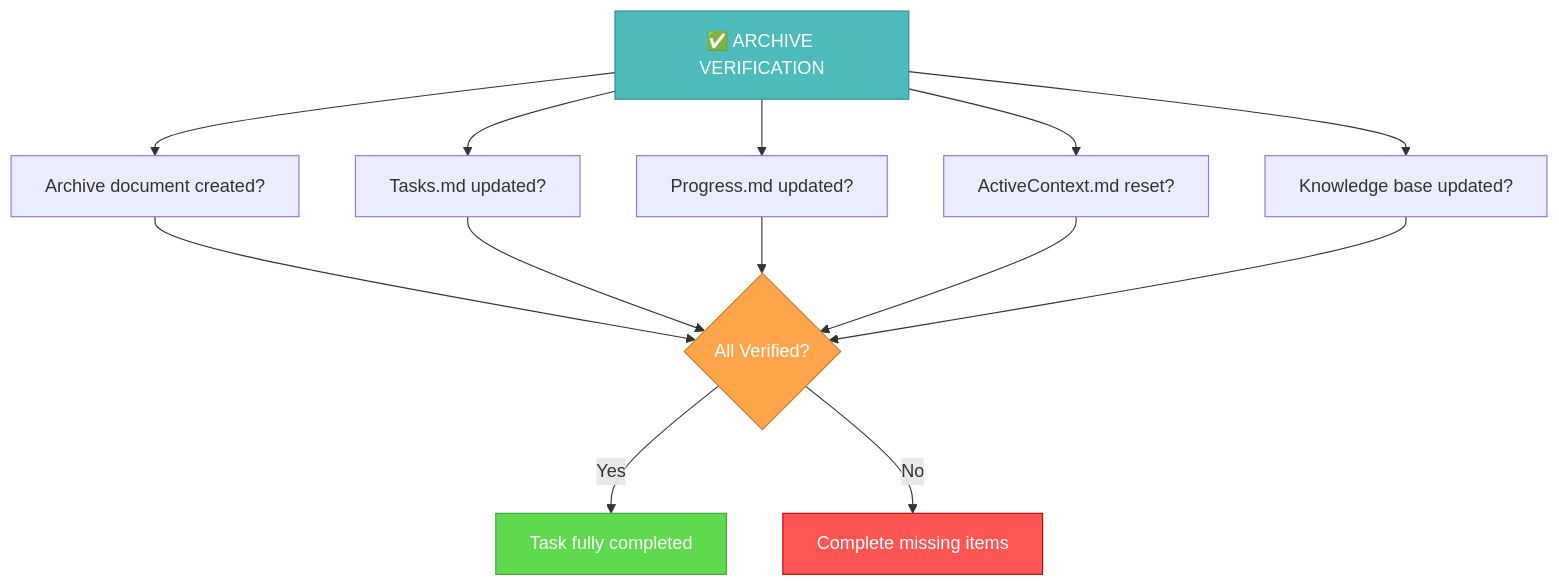
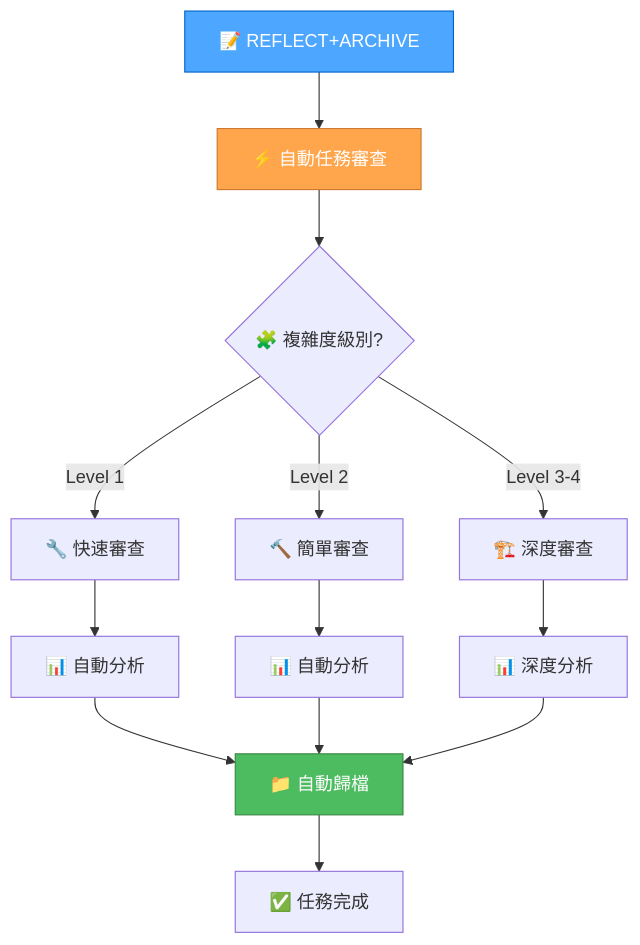
The diagram in .cursor/rules/isolation_rules/Modes/reflect-archive-mode-detailed.mdc (7Spade/cursor-memory-bank), drawn with Mermaid before and after one commit. The commit also changed other lines of this file and 13 other files, not shown here.

````diff
--- a/.cursor/rules/isolation_rules/Modes/reflect-archive-mode-detailed.mdc
+++ b/.cursor/rules/isolation_rules/Modes/reflect-archive-mode-detailed.mdc
@@ -309,17 +11,23 @@
 ```mermaid
 graph TD
-    AR["✅ ARCHIVE VERIFICATION"] --> D["Archive document created?"]
-    AR --> T["Tasks.md updated?"]
-    AR --> P["Progress.md updated?"]
-    AR --> A["ActiveContext.md reset?"]
-    AR --> K["Knowledge base updated?"]
+    Start["📝 REFLECT+ARCHIVE"] --> AutoReflect["⚡ 自動任務審查"]
+    AutoReflect --> Level{"🧩 複雜度級別?"}
     
-    D & T & P & A & K --> Decision{"All Verified?"}
-    Decision -->|"Yes"| Complete["Task fully completed"]
-    Decision -->|"No"| Fix["Complete missing items"]
+    Level -->|"Level 1"| L1["🔧 快速審查"]
+    Level -->|"Level 2"| L2["🔨 簡單審查"]
+    Level -->|"Level 3-4"| L34["🏗️ 深度審查"]
     
-    style AR fill:#4dbbbb,stroke:#368787,color:white
-    style Decision fill:#ffa64d,stroke:#cc7a30,color:white
-    style Complete fill:#5fd94d,stroke:#3da336,color:white
-    style Fix fill:#ff5555,stroke:#cc0000,color:white
+    L1 --> L1Auto["📊 自動分析"]
+    L2 --> L2Auto["📊 自動分析"]
+    L34 --> L34Auto["📊 深度分析"]
+    
+    L1Auto --> Archive["📁 自動歸檔"]
+    L2Auto --> Archive
+    L34Auto --> Archive
+    
+    Archive --> Complete["✅ 任務完成"]
+    
+    style Start fill:#4da6ff,stroke:#0066cc,color:white
+    style AutoReflect fill:#ffa64d,stroke:#cc7a30,color:white
+    style Archive fill:#4dbb5f,stroke:#36873f,color:white
 ```
````
